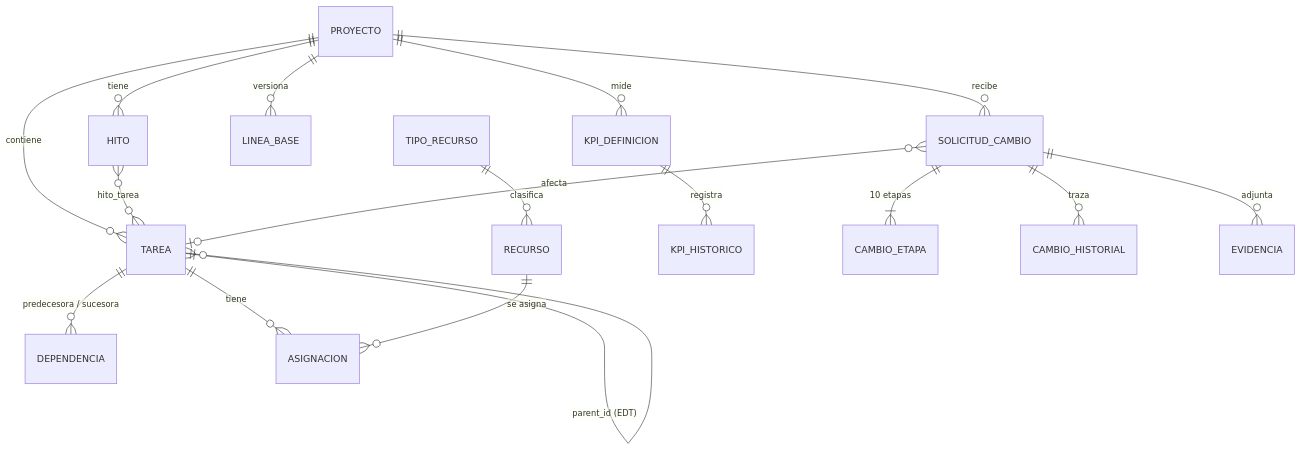
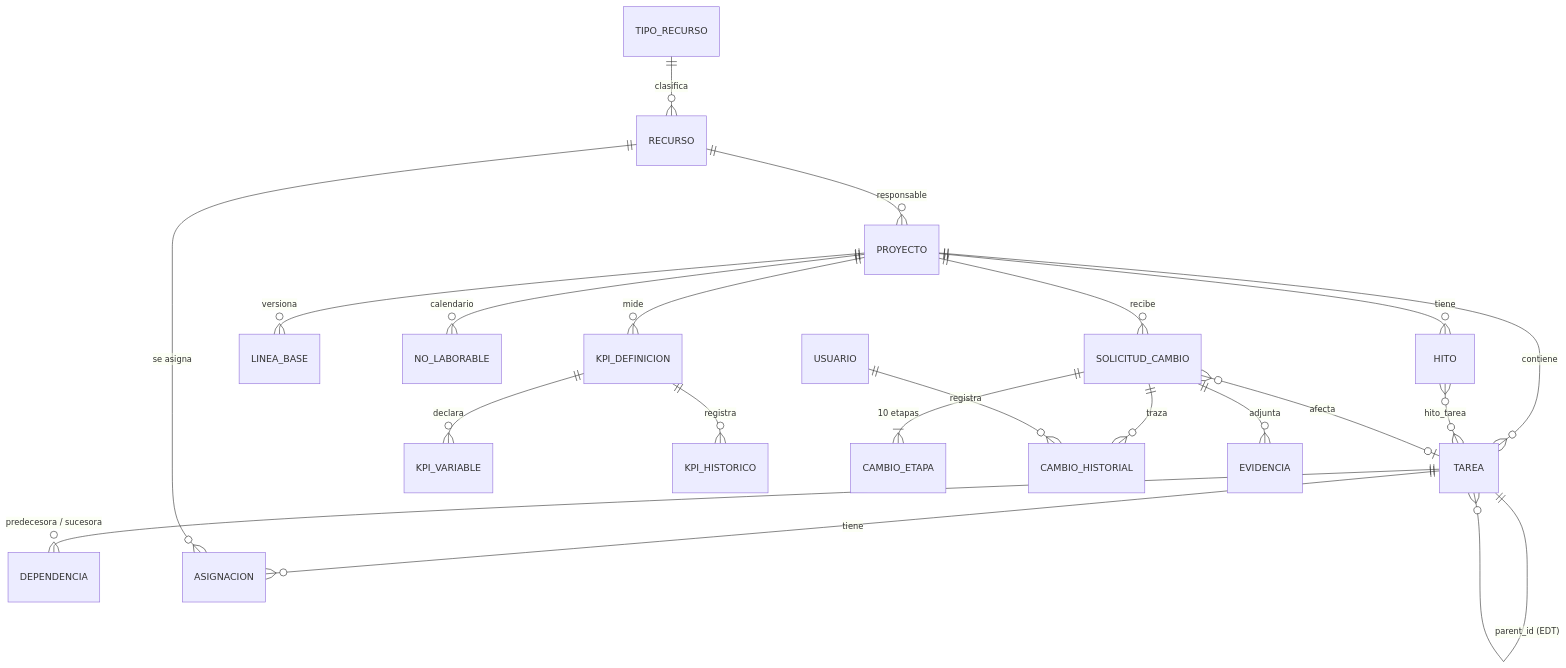
The diagram in docs/modelo-datos.md (ManuelCaceresDuocUC/gestion-proyectos), drawn with Mermaid before and after one commit. The commit also changed other lines of this file and 2 other files, not shown here.

````diff
--- a/docs/modelo-datos.md
+++ b/docs/modelo-datos.md
@@ -6,19 +9,23 @@
 ```mermaid
 erDiagram
   PROYECTO ||--o{ TAREA : contiene
   TAREA ||--o{ TAREA : "parent_id (EDT)"
   TAREA ||--o{ DEPENDENCIA : "predecesora / sucesora"
   TAREA ||--o{ ASIGNACION : tiene
   RECURSO ||--o{ ASIGNACION : "se asigna"
   TIPO_RECURSO ||--o{ RECURSO : clasifica
+  RECURSO ||--o{ PROYECTO : "responsable"
   PROYECTO ||--o{ HITO : tiene
   HITO }o--o{ TAREA : "hito_tarea"
   PROYECTO ||--o{ LINEA_BASE : versiona
+  PROYECTO ||--o{ NO_LABORABLE : "calendario"
   PROYECTO ||--o{ KPI_DEFINICION : mide
+  KPI_DEFINICION ||--o{ KPI_VARIABLE : declara
   KPI_DEFINICION ||--o{ KPI_HISTORICO : registra
   PROYECTO ||--o{ SOLICITUD_CAMBIO : recibe
   SOLICITUD_CAMBIO ||--|{ CAMBIO_ETAPA : "10 etapas"
   SOLICITUD_CAMBIO ||--o{ CAMBIO_HISTORIAL : traza
   SOLICITUD_CAMBIO ||--o{ EVIDENCIA : adjunta
   SOLICITUD_CAMBIO }o--o| TAREA : afecta
+  USUARIO ||--o{ CAMBIO_HISTORIAL : "registra"
 ```
````
